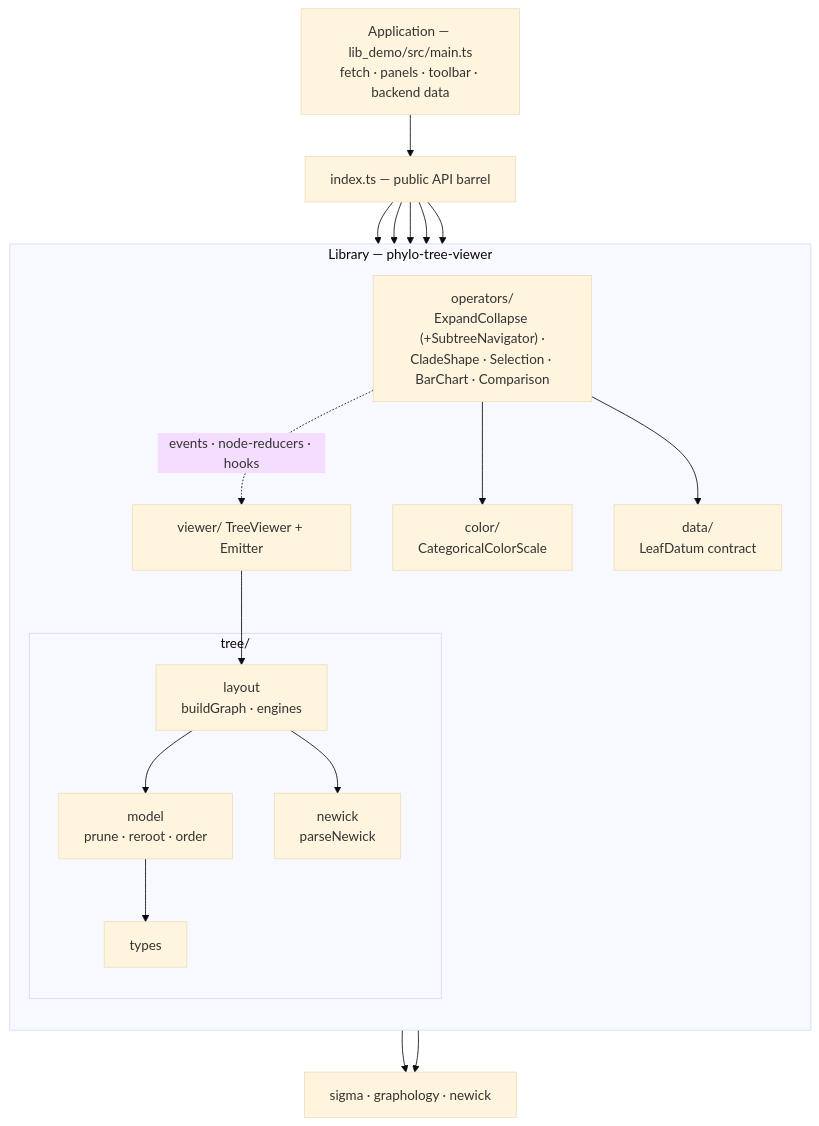
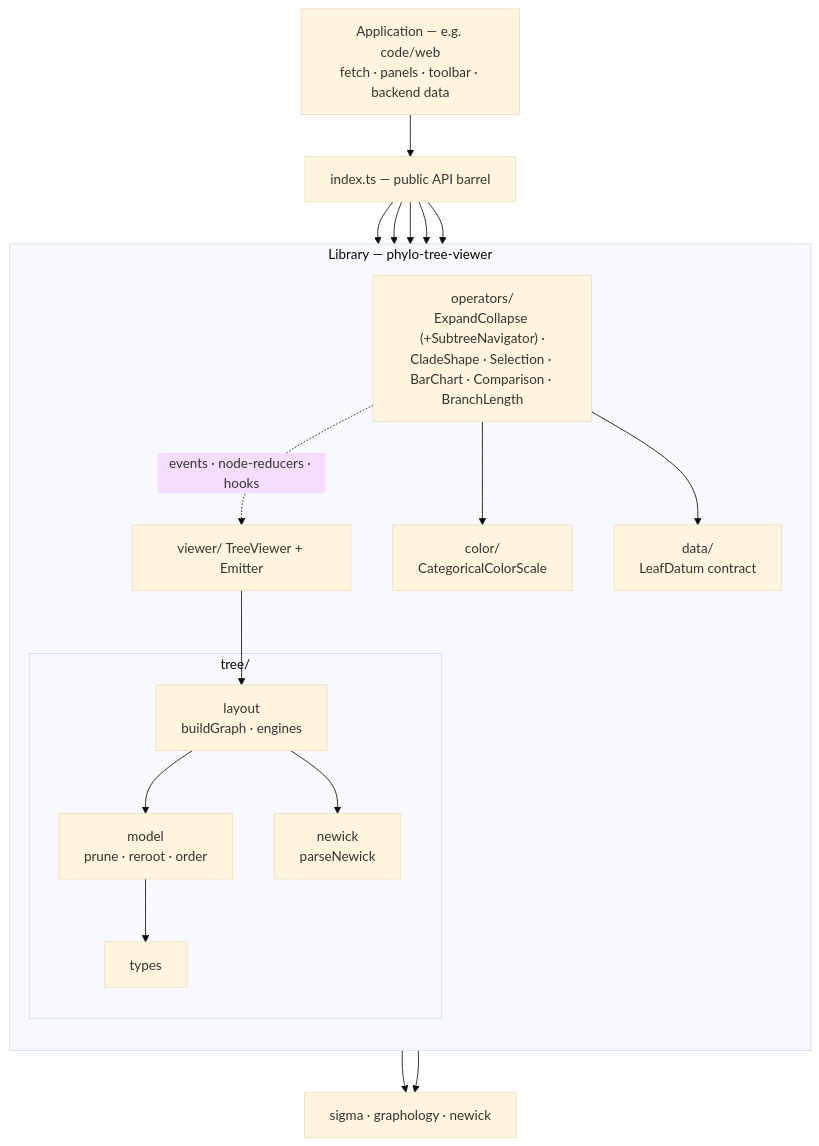
One commit to daniel-m-carvalho/PhyloDelta changed the first of 3 diagrams in code/lib/README.md. Above: the diagram before and after it, drawn with Mermaid (base theme). The commit also changed other lines of this file and 40 other files, not shown here.

First line of the commit message:
docs: rewrite the READMEs and retire lib_demo (#8)

````diff
--- a/code/lib/README.md
+++ b/code/lib/README.md
@@ -92,37 +97,37 @@
 ```mermaid
 flowchart TD
-  APP["Application — lib_demo/src/main.ts<br/>fetch · panels · toolbar · backend data"]
+  APP["Application — e.g. code/web<br/>fetch · panels · toolbar · backend data"]
   IDX["index.ts — public API barrel"]
 
   subgraph LIB["Library — phylo-tree-viewer"]
     direction TB
     TV["viewer/ TreeViewer + Emitter"]
-    OPS["operators/<br/>ExpandCollapse (+SubtreeNavigator) ·<br/>CladeShape · Selection · BarChart · Comparison"]
+    OPS["operators/<br/>ExpandCollapse (+SubtreeNavigator) ·<br/>CladeShape · Selection · BarChart · Comparison · BranchLength"]
     subgraph TREE["tree/"]
       MOD["model<br/>prune · reroot · order"]
       LAY["layout<br/>buildGraph · engines"]
       NWK["newick<br/>parseNewick"]
       TYP["types"]
     end
     COL["color/<br/>CategoricalColorScale"]
     DAT["data/<br/>LeafDatum contract"]
   end
 
   EXT["sigma · graphology · newick"]
 
   APP --> IDX
   IDX --> TV
   IDX --> OPS
   IDX --> TREE
   IDX --> COL
   IDX --> DAT
 
   OPS -. events · node-reducers · hooks .-> TV
   OPS --> COL
   OPS --> DAT
   TV --> LAY
   LAY --> MOD --> TYP
   LAY --> NWK
   TV --> EXT
   LAY --> EXT
 ```
````
